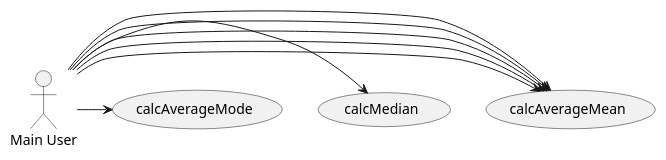
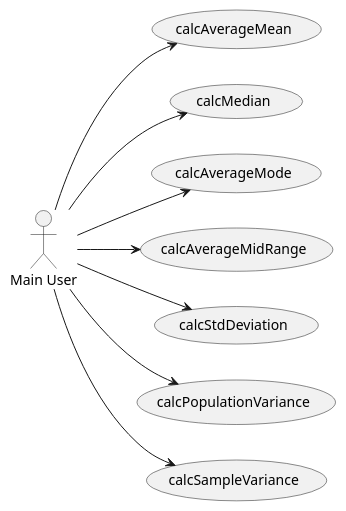
One commit to Mathiasn21/Data_Object_Instantiation_project changed the diagram in diagrams/statistics.puml. Above: the diagram before and after it, drawn with PlantUML.

```diff
--- a/diagrams/statistics.puml
+++ b/diagrams/statistics.puml
@@ -1,16 +1,21 @@
 @startuml
 :Main User: as User
+
 (calcAverageMean)
 (calcMedian)
 (calcAverageMode)
+(calcAverageMidRange)
+(calcStdDeviation)
+(calcPopulationVariance)
+(calcSampleVariance)
 
-
-User -right-> calcAverageMean
-User -right-> calcMedian
-User -right-> calcAverageMode
-User -right-> calcAverageMean
-User -right-> calcAverageMean
-User -right-> calcAverageMean
-User -right-> calcAverageMean
+left to right direction
+User -down-> calcAverageMean
+User -down-> calcMedian
+User -down-> calcAverageMode
+User -down-> calcAverageMidRange
+User -down-> calcStdDeviation
+User -down-> calcPopulationVariance
+User -down-> calcSampleVariance
 
 @enduml
```
